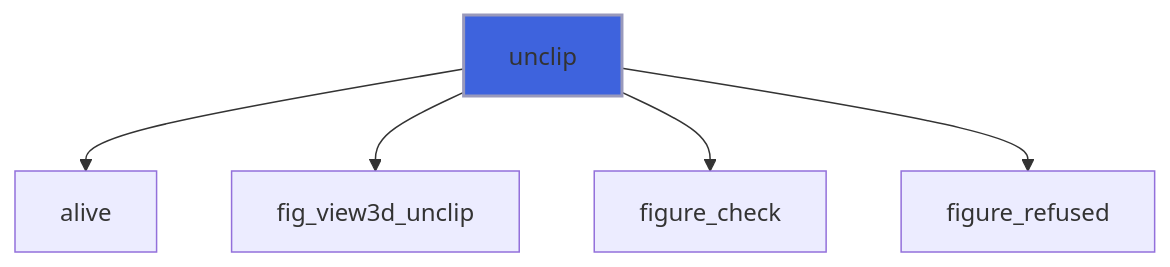
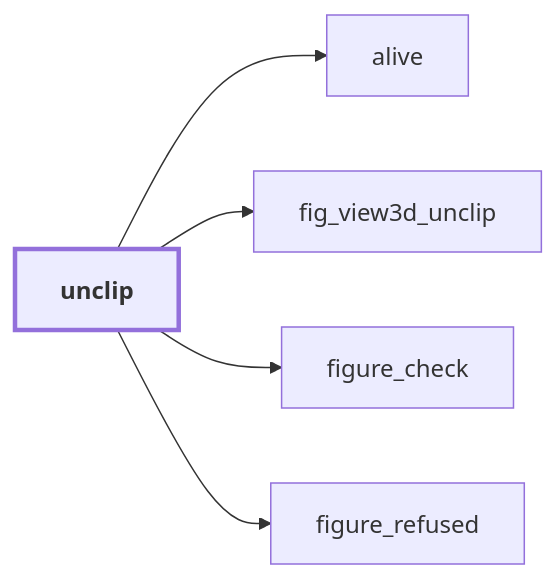
One commit to szaghi/figure changed diagram 16 of 39 in docs/api/src/lib/figure_view3d.md. Above: the diagram before and after it, drawn with Mermaid. The commit also changed other lines of this file and 54 other files, not shown here.

````diff
--- a/docs/api/src/lib/figure_view3d.md
+++ b/docs/api/src/lib/figure_view3d.md
@@ -655,8 +760,13 @@
 ```mermaid
-flowchart TD
+flowchart LR
   unclip["unclip"] --> alive["alive"]
   unclip["unclip"] --> fig_view3d_unclip["fig_view3d_unclip"]
   unclip["unclip"] --> figure_check["figure_check"]
   unclip["unclip"] --> figure_refused["figure_refused"]
-  style unclip fill:#3e63dd,stroke:#99b,stroke-width:2px
+  classDef focus stroke-width:3px,font-weight:bold
+  class unclip focus
+  click figure_refused href "figure_base.html#figure-refused" "figure_refused"
+  click alive href "#alive" "alive"
+  click figure_check href "figure_base.html#figure-check" "figure_check"
+  click fig_view3d_unclip href "#fig-view3d-unclip" "fig_view3d_unclip"
 ```
````
